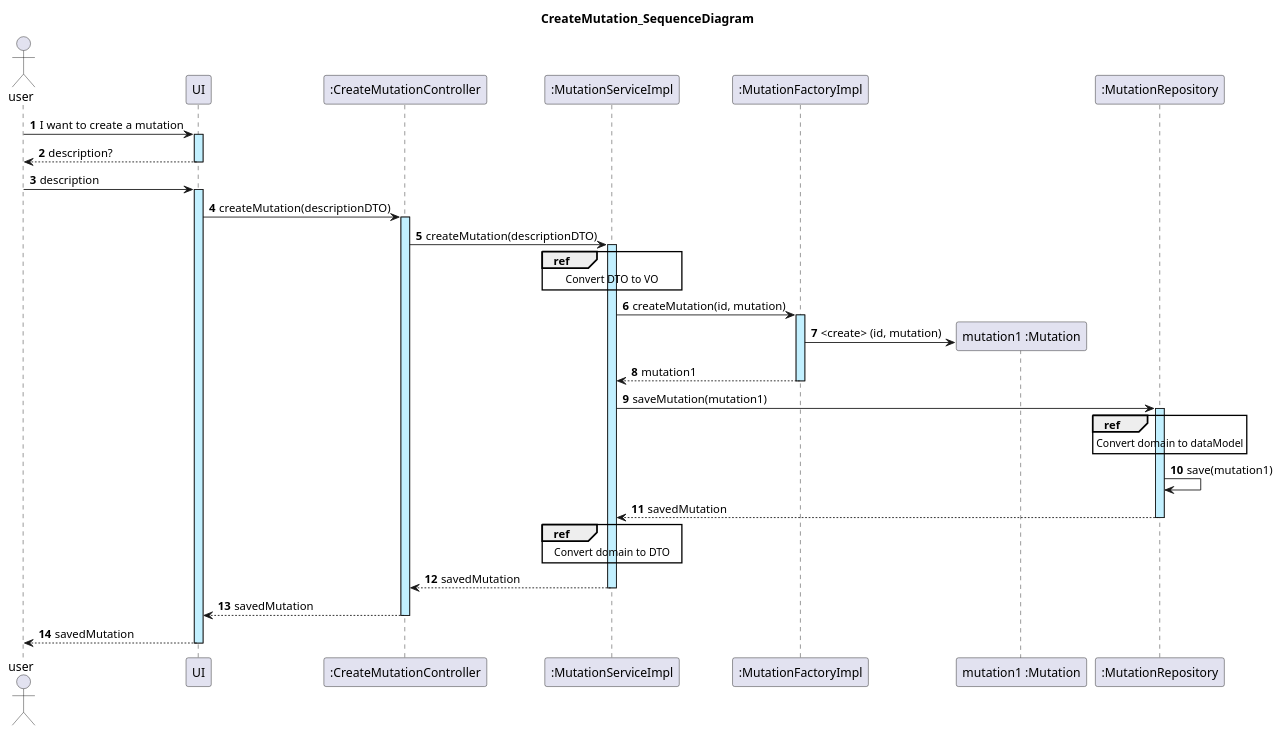
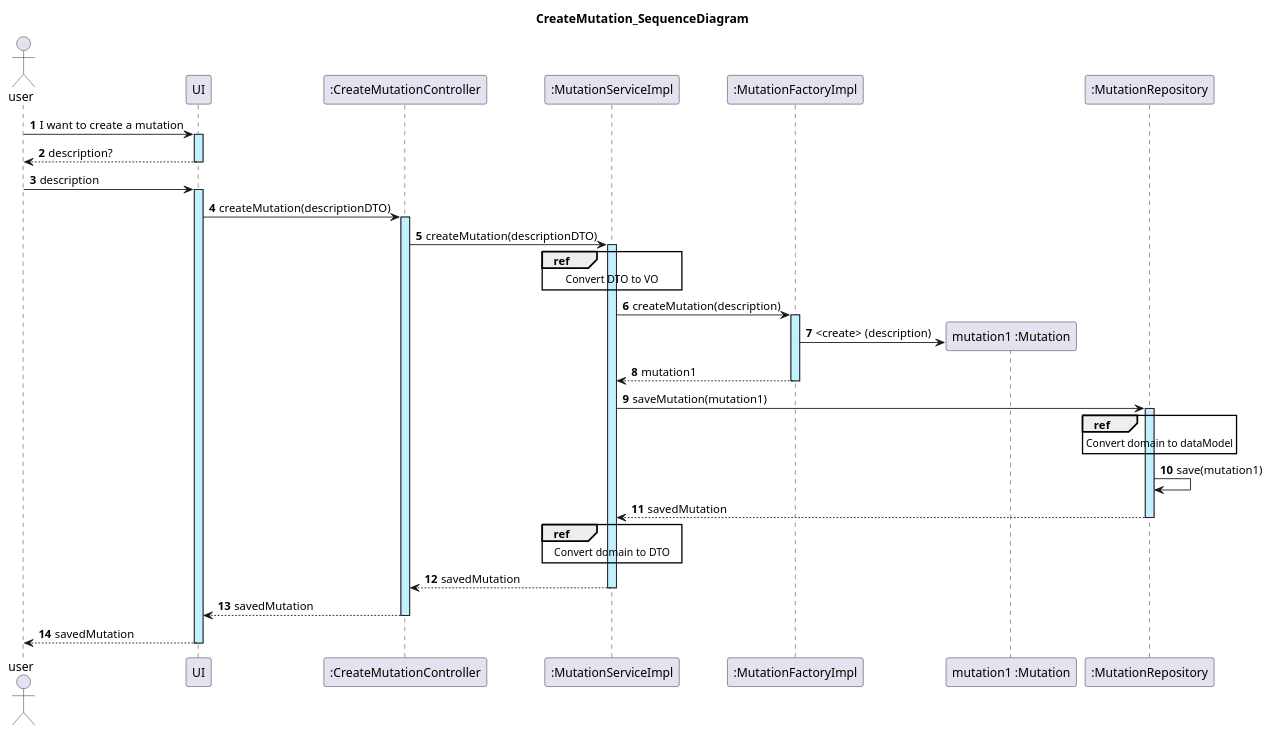
Before and after one commit to rubenrocha26/bms-backend: the diagram in docs/CreateMutation/CreateMutation_SequenceDiagram.puml, drawn with PlantUML. The commit also changed 6 other files, not shown here.

Commit message:
Create Mutation Repos

```diff
--- a/docs/CreateMutation/CreateMutation_SequenceDiagram.puml
+++ b/docs/CreateMutation/CreateMutation_SequenceDiagram.puml
@@ -1,36 +1,36 @@
 @startuml
 actor user
 autonumber
 
 title: CreateMutation_SequenceDiagram
 
 user -> UI ++ #application : I want to create a mutation
 UI --> user -- : description?
 user -> UI ++ #application : description
 UI -> ":CreateMutationController" as CMC ++ #application : createMutation(descriptionDTO)
 CMC -> ":MutationServiceImpl" as MS ++ #application : createMutation(descriptionDTO)
 ref over MS
     Convert DTO to VO
 end ref
-MS -> ":MutationFactoryImpl" as MF ++ #application : createMutation(id, mutation)
+MS -> ":MutationFactoryImpl" as MF ++ #application : createMutation(description)
 
 create "mutation1 :Mutation" as MT
-MF -> MT : <create> (id, mutation)
+MF -> MT : <create> (description)
 MF --> MS -- : mutation1
 
 MS -> ":MutationRepository" as MR ++ #application : saveMutation(mutation1)
 ref over MR
     Convert domain to dataModel
 end ref
 MR -> MR : save(mutation1)
 MR --> MS  -- : savedMutation
 
 ref over MS
     Convert domain to DTO
 end ref
 
 MS --> CMC -- : savedMutation
 CMC --> UI -- : savedMutation
 UI --> user -- : savedMutation
 
 @enduml
```
